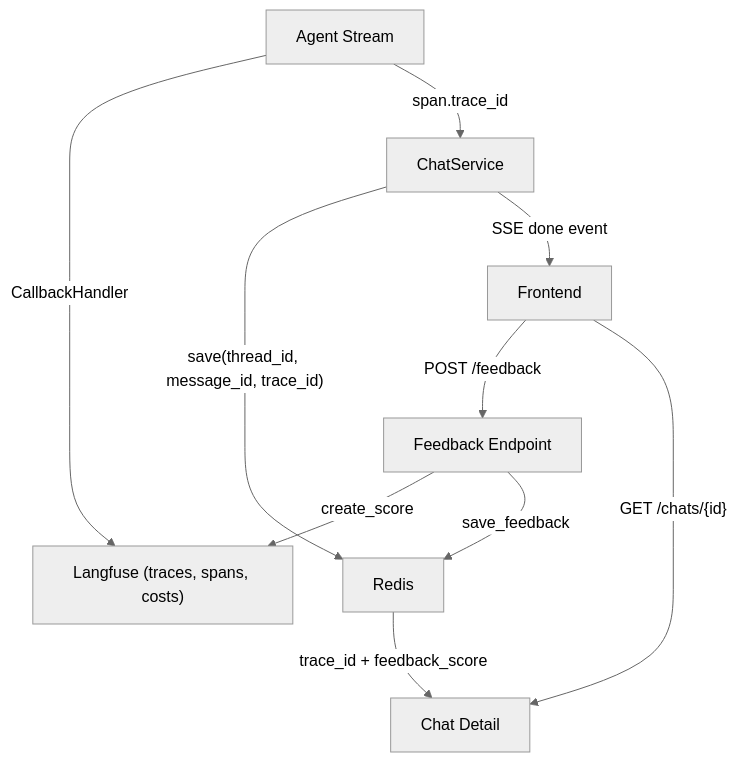
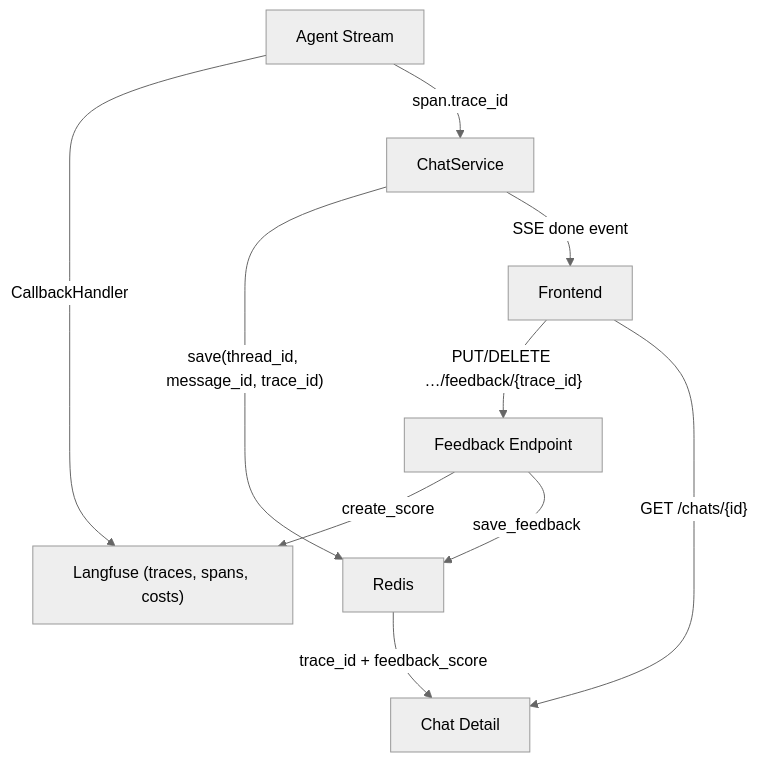
One commit to Bbar0n234/learnflow-ai changed the first of 3 diagrams in doc/tech/observability.md. Above: the diagram before and after it, drawn with Mermaid (neutral theme). The commit also changed other lines of this file and 46 other files, not shown here.

````diff
--- a/doc/tech/observability.md
+++ b/doc/tech/observability.md
@@ -9,12 +9,12 @@
 ```mermaid
 graph TD
     AGT["Agent Stream"] -->|CallbackHandler| LF["Langfuse (traces, spans, costs)"]
     AGT -->|span.trace_id| SVC["ChatService"]
     SVC -->|"save(thread_id, message_id, trace_id)"| REDIS["Redis"]
     SVC -->|"SSE done event"| FE["Frontend"]
-    FE -->|"POST /feedback"| FB["Feedback Endpoint"]
+    FE -->|"PUT/DELETE …/feedback/{trace_id}"| FB["Feedback Endpoint"]
     FB -->|create_score| LF
     FB -->|save_feedback| REDIS
     FE -->|"GET /chats/{id}"| CHAT["Chat Detail"]
     REDIS -->|"trace_id + feedback_score"| CHAT
 ```
````
